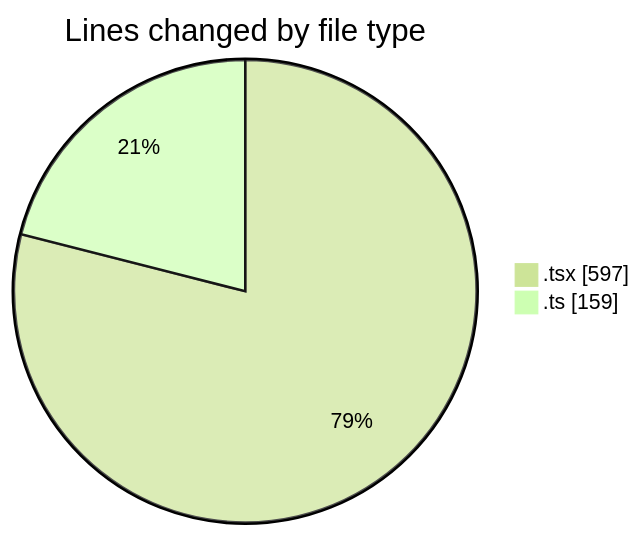
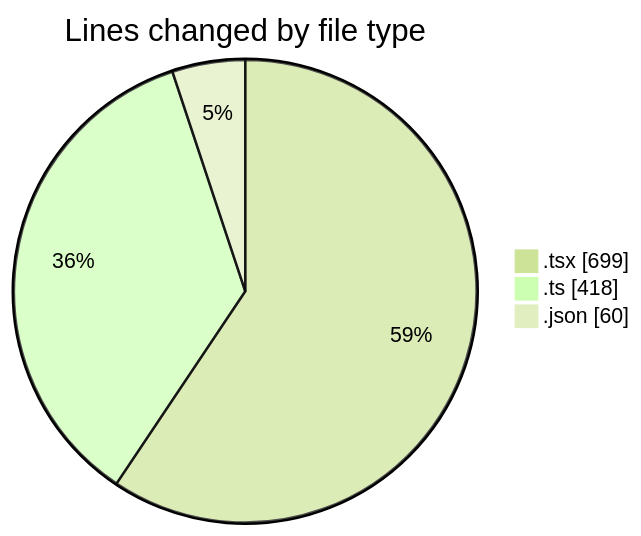
Before and after one commit to nxtqubesakshisongat/code-tracking: the first of 2 diagrams in 2026-04-20/airfeed-analytics-dashboard/README.md, drawn with Mermaid (forest theme). The commit also changed other lines of this file and 1 other file, not shown here.

````diff
--- a/2026-04-20/airfeed-analytics-dashboard/README.md
+++ b/2026-04-20/airfeed-analytics-dashboard/README.md
@@ -24,6 +28,7 @@
 ```mermaid
 pie showData
 title Lines changed by file type
-".tsx" : 597
-".ts" : 159
+".tsx" : 699
+".ts" : 418
+".json" : 60
 ```
````
